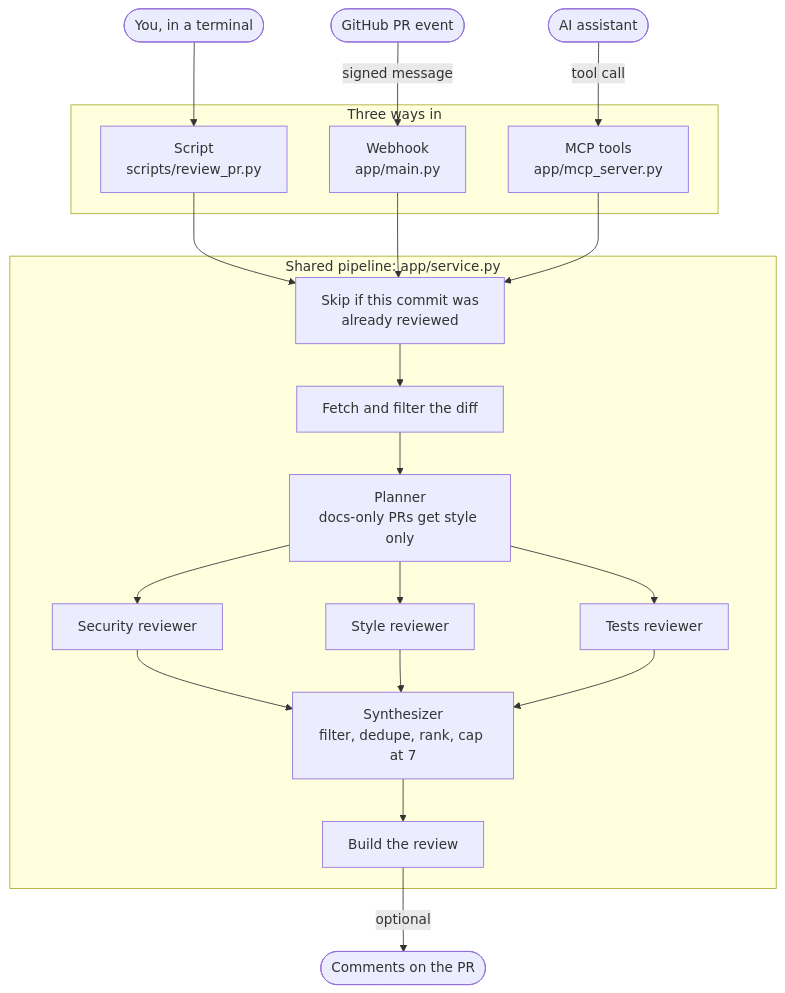
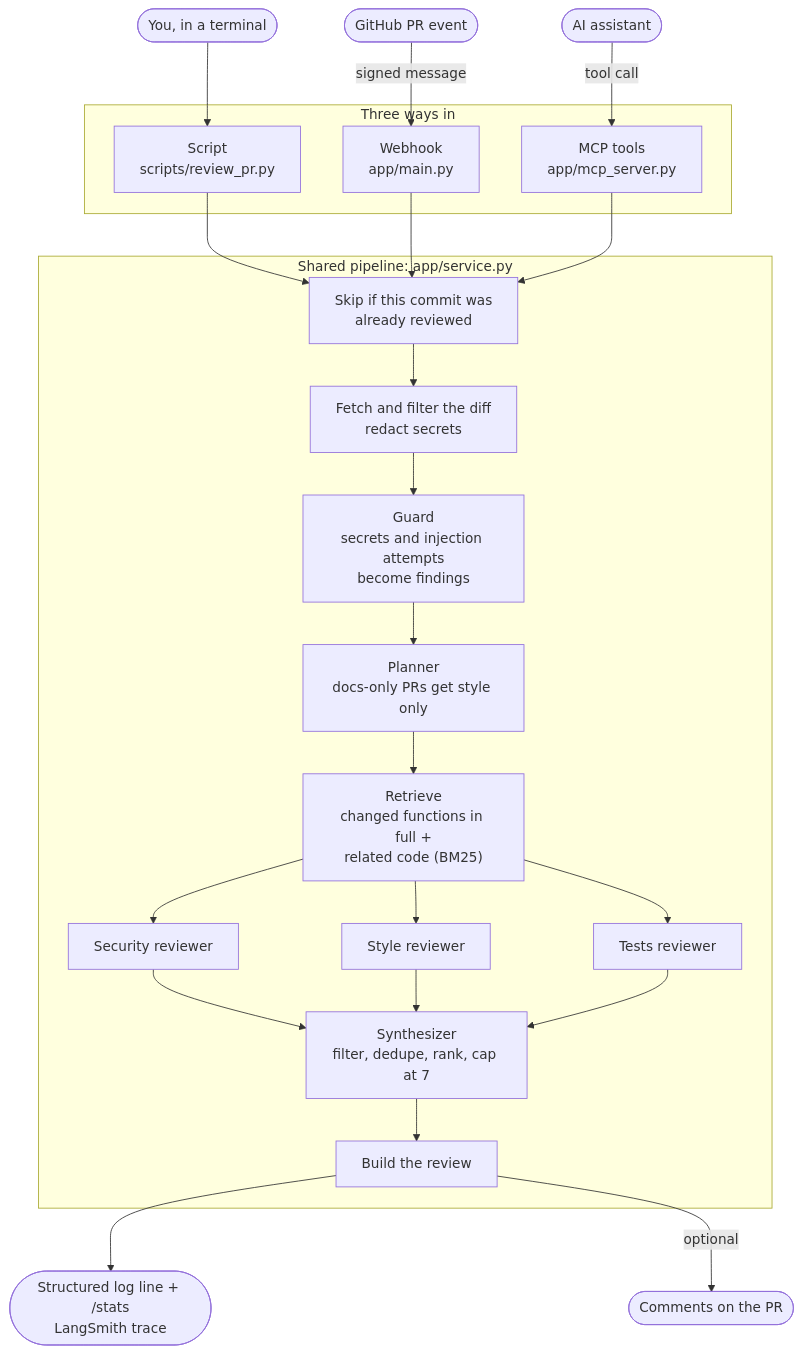
One commit to yoyoAK-crypto/pr-reviewer changed the diagram in README.md. Above: the diagram before and after it, drawn with Mermaid. The commit also changed other lines of this file and 14 other files, not shown here.

Commit message:
Week 4 Days 4-5: Render deploy, CI, /stats and structured logs, 51 tests

````diff
--- a/README.md
+++ b/README.md
@@ -9,30 +9,33 @@
 ```mermaid
 flowchart TD
     subgraph entry["Three ways in"]
         S["Script<br/>scripts/review_pr.py"]
         W["Webhook<br/>app/main.py"]
         M["MCP tools<br/>app/mcp_server.py"]
     end
 
     GH(["GitHub PR event"]) -->|"signed message"| W
     A(["AI assistant"]) -->|"tool call"| M
     U(["You, in a terminal"]) --> S
 
     S --> SVC
     W --> SVC
     M --> SVC
 
     subgraph pipeline["Shared pipeline: app/service.py"]
-        SVC["Skip if this commit was<br/>already reviewed"] --> D["Fetch and filter the diff"]
-        D --> P["Planner<br/>docs-only PRs get style only"]
-        P --> R1["Security reviewer"]
-        P --> R2["Style reviewer"]
-        P --> R3["Tests reviewer"]
+        SVC["Skip if this commit was<br/>already reviewed"] --> D["Fetch and filter the diff<br/>redact secrets"]
+        D --> G["Guard<br/>secrets and injection attempts<br/>become findings"]
+        G --> P["Planner<br/>docs-only PRs get style only"]
+        P --> RT["Retrieve<br/>changed functions in full +<br/>related code (BM25)"]
+        RT --> R1["Security reviewer"]
+        RT --> R2["Style reviewer"]
+        RT --> R3["Tests reviewer"]
         R1 --> Y["Synthesizer<br/>filter, dedupe, rank, cap at 7"]
         R2 --> Y
         R3 --> Y
         Y --> B["Build the review"]
     end
+    B --> OBS(["Structured log line + /stats<br/>LangSmith trace"])
 
     B -->|"optional"| POST(["Comments on the PR"])
 ```
````
